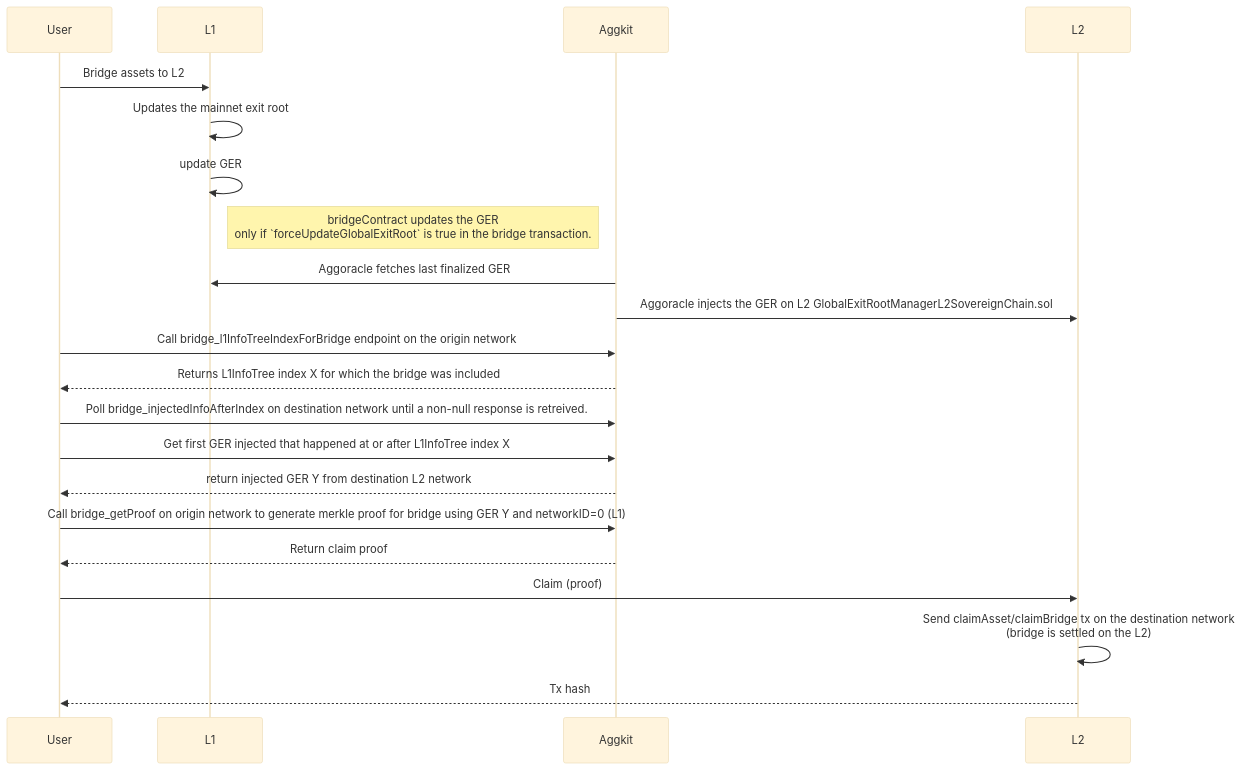
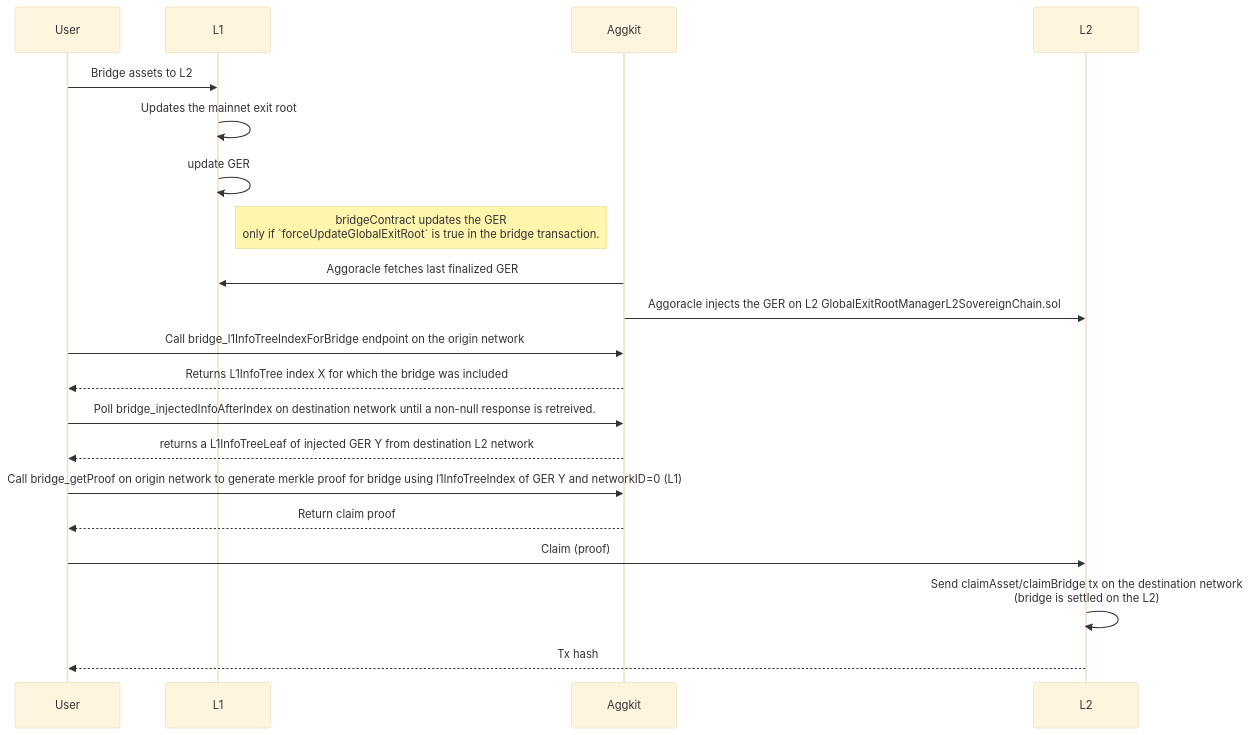
The second of 5 diagrams in docs/bridge_service.md (agglayer/aggkit), drawn with Mermaid (base theme) before and after one commit. The commit also changed other lines of this file, not shown here.

````diff
--- a/docs/bridge_service.md
+++ b/docs/bridge_service.md
@@ -36,25 +36,24 @@
 ```mermaid
 sequenceDiagram
     participant User
     participant L1
     participant Aggkit
     participant L2
 
     User->>L1: Bridge assets to L2
     L1->>L1: Updates the mainnet exit root
     L1->>L1: update GER
     Note right of L1: bridgeContract updates the GER<br/>only if `forceUpdateGlobalExitRoot` is true in the bridge transaction.
     Aggkit->>L1: Aggoracle fetches last finalized GER
     Aggkit->>L2: Aggoracle injects the GER on L2 GlobalExitRootManagerL2SovereignChain.sol
 
     User->>Aggkit: Call bridge_l1InfoTreeIndexForBridge endpoint on the origin network
     Aggkit-->>User: Returns L1InfoTree index X for which the bridge was included
     User->>Aggkit: Poll bridge_injectedInfoAfterIndex on destination network until a non-null response is retreived.
-    User->>Aggkit: Get first GER injected that happened at or after L1InfoTree index X
-    Aggkit-->>User: return injected GER Y from destination L2 network
-    User->>Aggkit: Call bridge_getProof on origin network to generate merkle proof for bridge using GER Y and networkID=0 (L1)
+    Aggkit-->>User: returns a L1InfoTreeLeaf of injected GER Y from destination L2 network
+    User->>Aggkit: Call bridge_getProof on origin network to generate merkle proof for bridge using l1InfoTreeIndex of GER Y and networkID=0 (L1)
     Aggkit-->>User: Return claim proof
     User->>L2: Claim (proof)
     L2->>L2: Send claimAsset/claimBridge tx on the destination network<br/>(bridge is settled on the L2)
     L2-->>User: Tx hash
 ```
````
